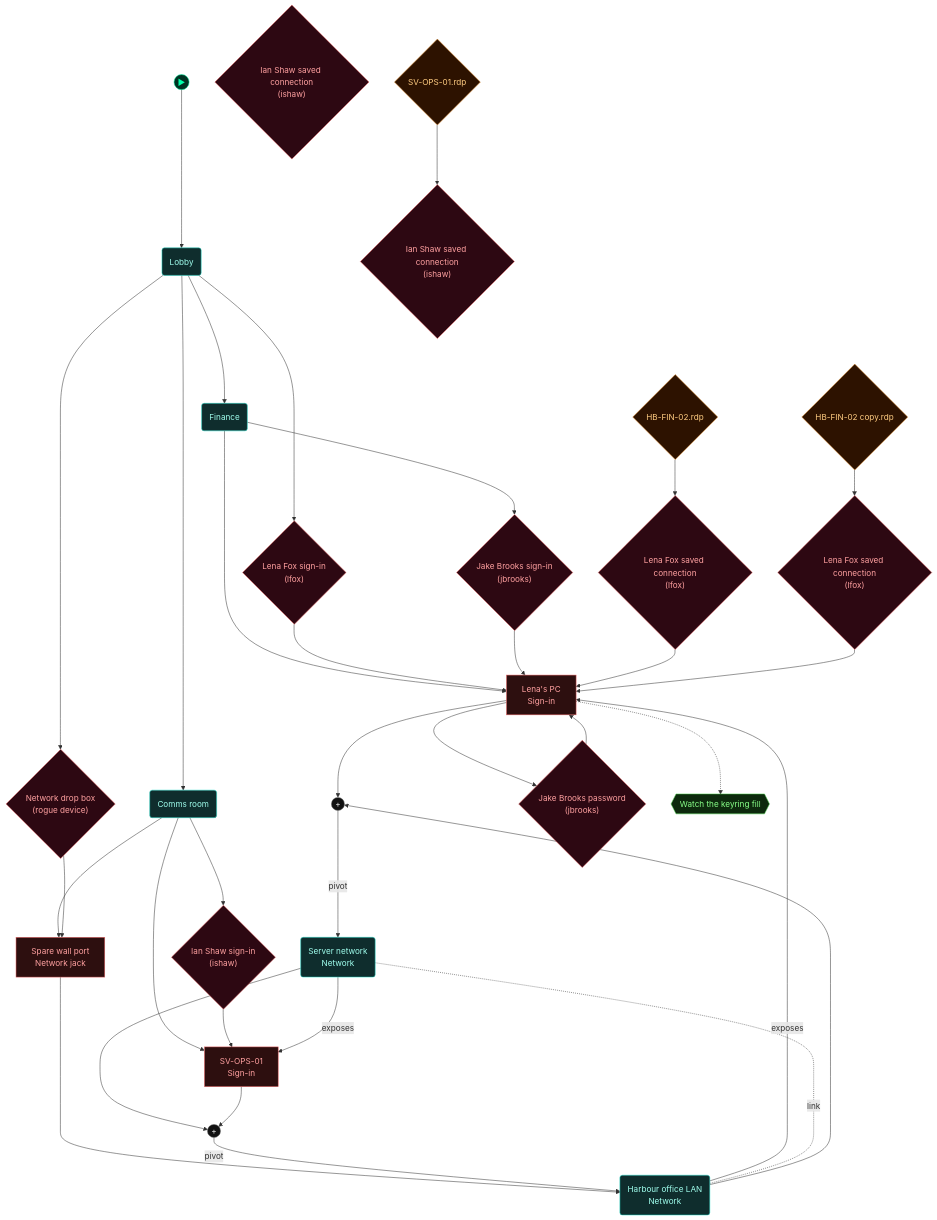
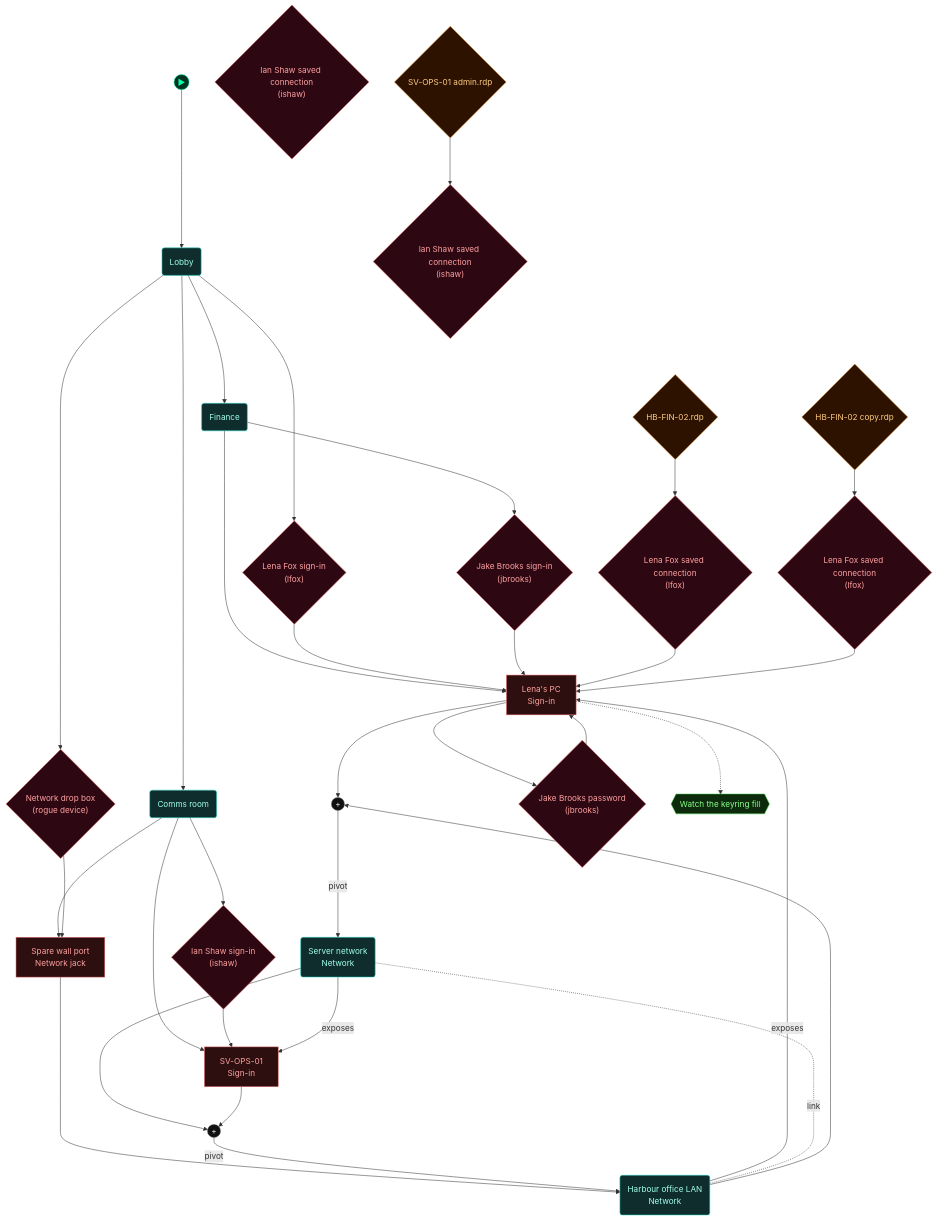
The third of 5 diagrams in scenarios/test_access_keyring/dungeon_graph.md (cliffe/BreakEscape), drawn with Mermaid before and after one commit. The commit also changed other lines of this file and 8 other files, not shown here.

```diff
--- a/scenarios/test_access_keyring/dungeon_graph.md
+++ b/scenarios/test_access_keyring/dungeon_graph.md
@@ -209,7 +209,7 @@
   cred_src_lena_rdp_gift{"HB-FIN-02 copy.rdp"}
   cred_ops_cookie{"Ian Shaw saved connection<br/>(ishaw)"}
   cred_ops_rdp{"Ian Shaw saved connection<br/>(ishaw)"}
-  cred_src_ops_rdp_file{"SV-OPS-01.rdp"}
+  cred_src_ops_rdp_file{"SV-OPS-01 admin.rdp"}
   aim_keyring_beats{{"Watch the keyring fill"}}
 
   comms_room --> lock_ops_pc
```
